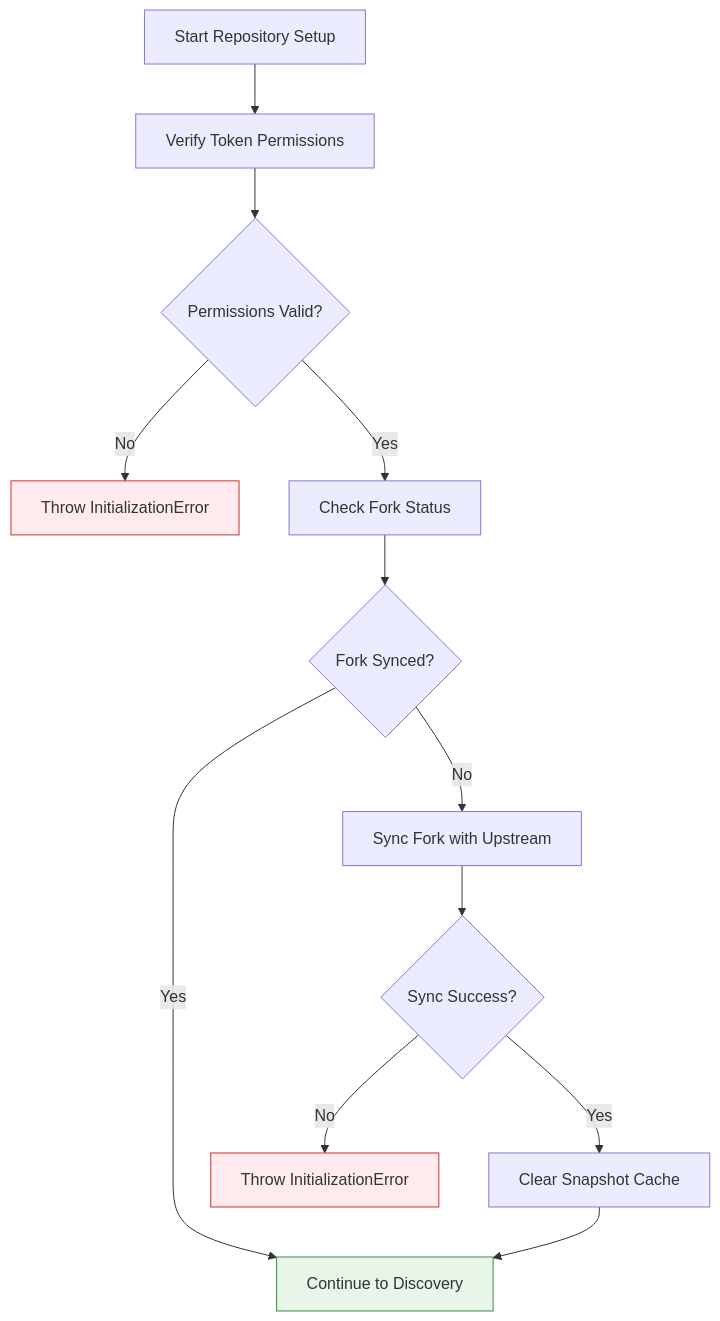
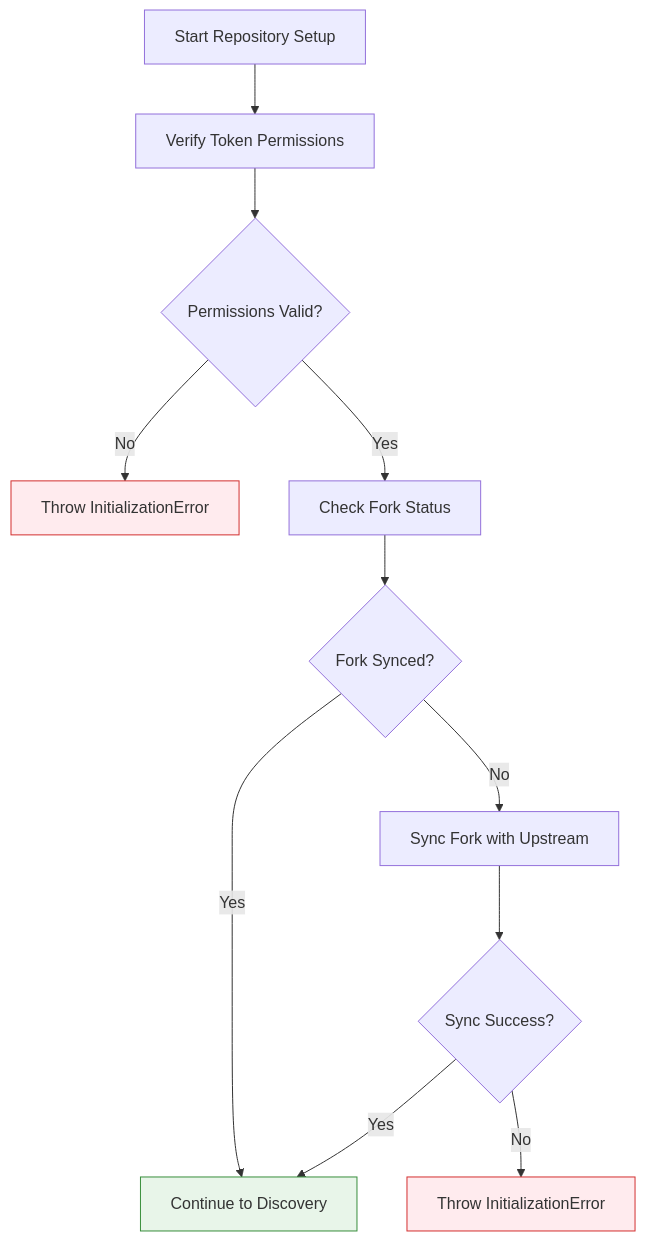
Before and after one commit to NivaldoFarias/translate-react: the third of 13 diagrams in docs/WORKFLOW.md, drawn with Mermaid. The commit also changed other lines of this file and 58 other files, not shown here.

````diff
--- a/docs/WORKFLOW.md
+++ b/docs/WORKFLOW.md
@@ -125,20 +125,19 @@
 ```mermaid
 flowchart TD
     A[Start Repository Setup] --> B[Verify Token Permissions]
     B --> C{Permissions Valid?}
     C -->|No| D[Throw InitializationError]
     C -->|Yes| E[Check Fork Status]
     
     E --> F{Fork Synced?}
     F -->|Yes| G[Continue to Discovery]
     F -->|No| H[Sync Fork with Upstream]
     
     H --> I{Sync Success?}
     I -->|No| J[Throw InitializationError]
-    I -->|Yes| K[Clear Snapshot Cache]
-    K --> G
+    I -->|Yes| G
     
     style D fill:#ffebee,stroke:#d32f2f
     style J fill:#ffebee,stroke:#d32f2f
     style G fill:#e8f5e9,stroke:#388e3c
 ```
````
